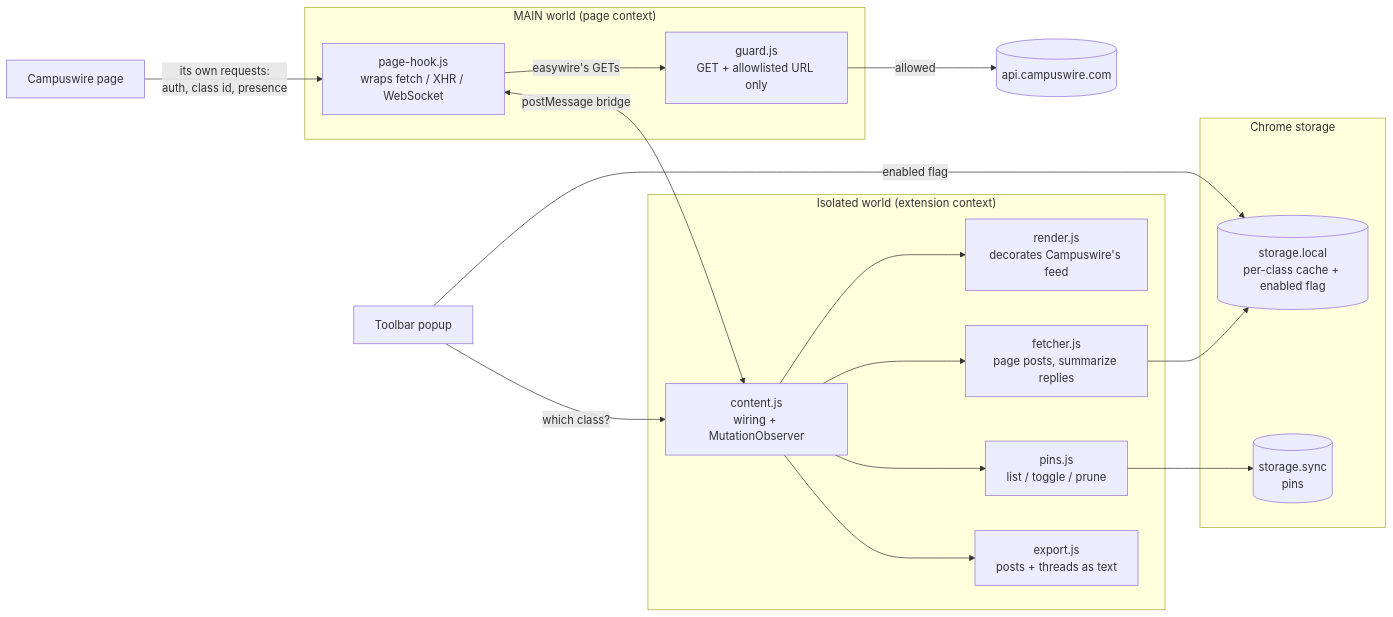
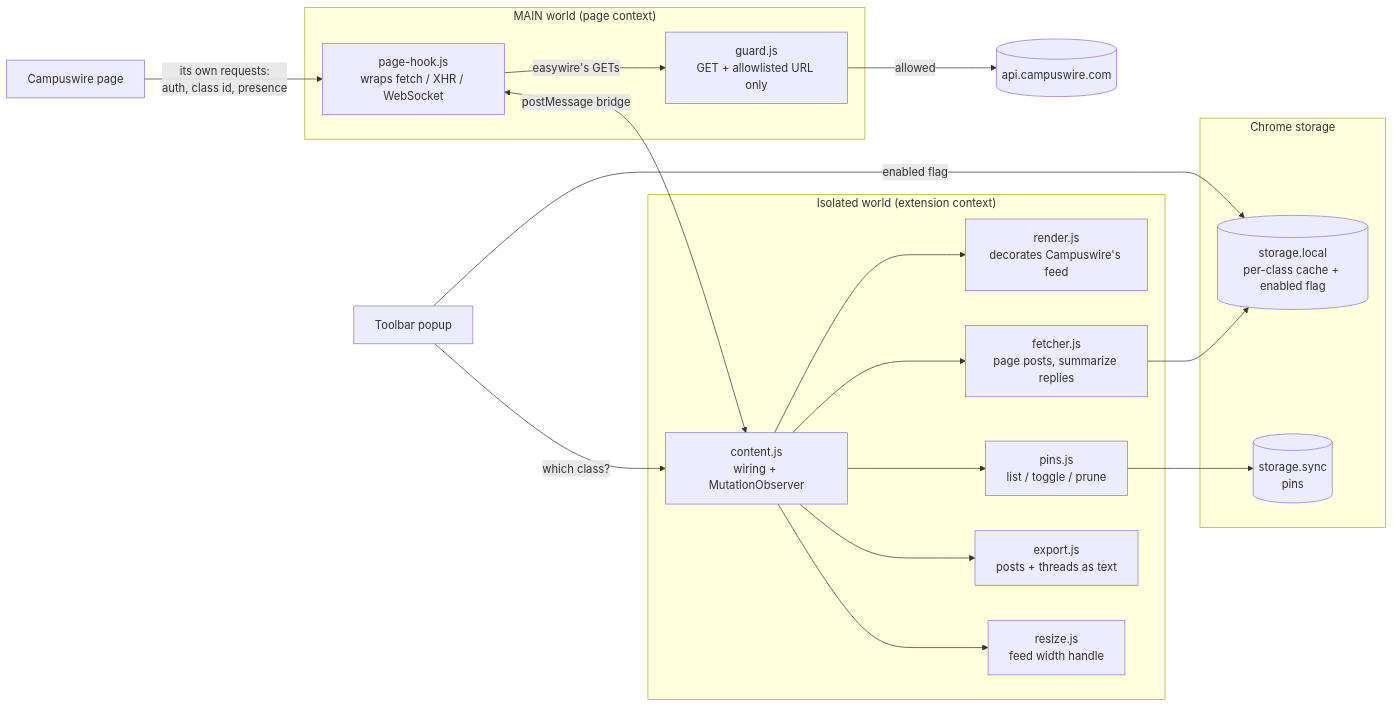
One commit to gRain-is-grainy/easywire changed the diagram in README.md. Above: the diagram before and after it, drawn with Mermaid. The commit also changed other lines of this file and 5 other files, not shown here.

Commit message:
Added a drag handle to resize the feed column, clamped between a readable 260px and half the page, remembered across reloads; bumped to 0.3.0

````diff
--- a/README.md
+++ b/README.md
@@ -71,37 +72,39 @@
 ```mermaid
 flowchart LR
     CW["Campuswire page"]
     API[("api.campuswire.com")]
     POPUP["Toolbar popup"]
 
     subgraph MAIN["MAIN world (page context)"]
         HOOK["page-hook.js<br/>wraps fetch / XHR / WebSocket"]
         GUARD["guard.js<br/>GET + allowlisted URL only"]
     end
 
     subgraph ISO["Isolated world (extension context)"]
         CONTENT["content.js<br/>wiring + MutationObserver"]
         FETCH["fetcher.js<br/>page posts, summarize replies"]
         PINS["pins.js<br/>list / toggle / prune"]
         RENDER["render.js<br/>decorates Campuswire's feed"]
         EXPORT["export.js<br/>posts + threads as text"]
+        RESIZE["resize.js<br/>feed width handle"]
     end
 
     subgraph STORE["Chrome storage"]
         LOCAL[("storage.local<br/>per-class cache + enabled flag")]
         SYNC[("storage.sync<br/>pins")]
     end
 
     CW -- "its own requests:<br/>auth, class id, presence" --> HOOK
     HOOK -- "easywire's GETs" --> GUARD
     GUARD -- "allowed" --> API
     HOOK <-- "postMessage bridge" --> CONTENT
     CONTENT --> RENDER
     CONTENT --> FETCH
     CONTENT --> PINS
     CONTENT --> EXPORT
+    CONTENT --> RESIZE
     FETCH --> LOCAL
     PINS --> SYNC
     POPUP -- "enabled flag" --> LOCAL
     POPUP -- "which class?" --> CONTENT
 ```
````
